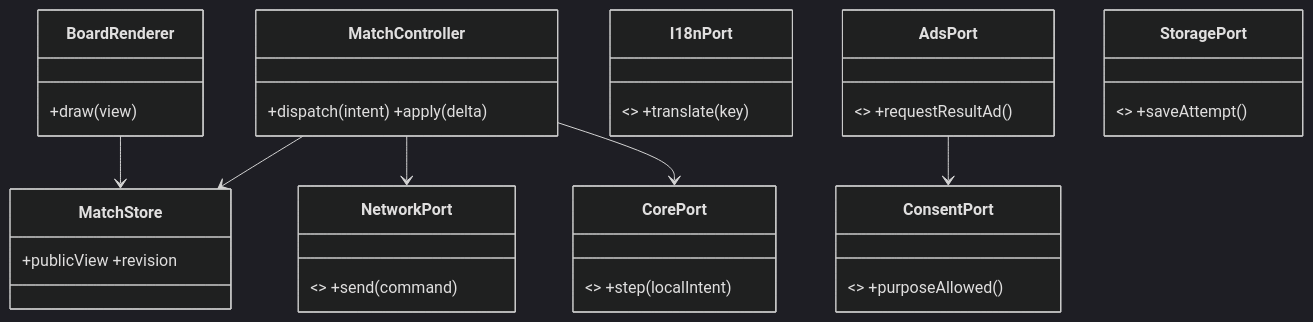
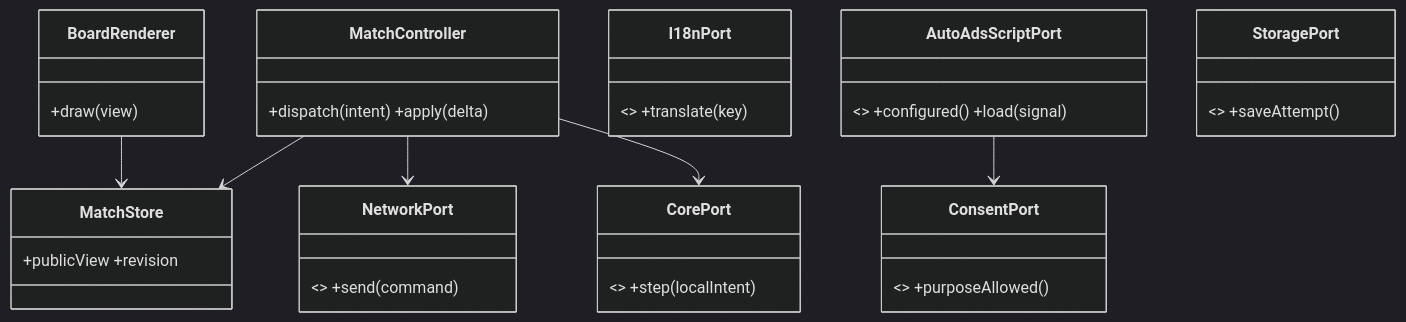
Before and after one commit to crystal23733/search-mine: the first of 2 diagrams in docs/design/08-client-architecture.md, drawn with Mermaid (dark theme). The commit also changed other lines of this file and 15 other files, not shown here.

````diff
--- a/docs/design/08-client-architecture.md
+++ b/docs/design/08-client-architecture.md
@@ -13,17 +13,17 @@
 ```mermaid
 classDiagram
   class MatchController { +dispatch(intent) +apply(delta) }
   class MatchStore { +publicView +revision }
   class BoardRenderer { +draw(view) }
   class NetworkPort { <<interface>> +send(command) }
   class CorePort { <<interface>> +step(localIntent) }
   class I18nPort { <<interface>> +translate(key) }
-  class AdsPort { <<interface>> +requestResultAd() }
+  class AutoAdsScriptPort { <<interface>> +configured() +load(signal) }
   class StoragePort { <<interface>> +saveAttempt() }
   class ConsentPort { <<interface>> +purposeAllowed() }
   MatchController --> MatchStore
   MatchController --> NetworkPort
   MatchController --> CorePort
   BoardRenderer --> MatchStore
-  AdsPort --> ConsentPort
+  AutoAdsScriptPort --> ConsentPort
 ```
````
